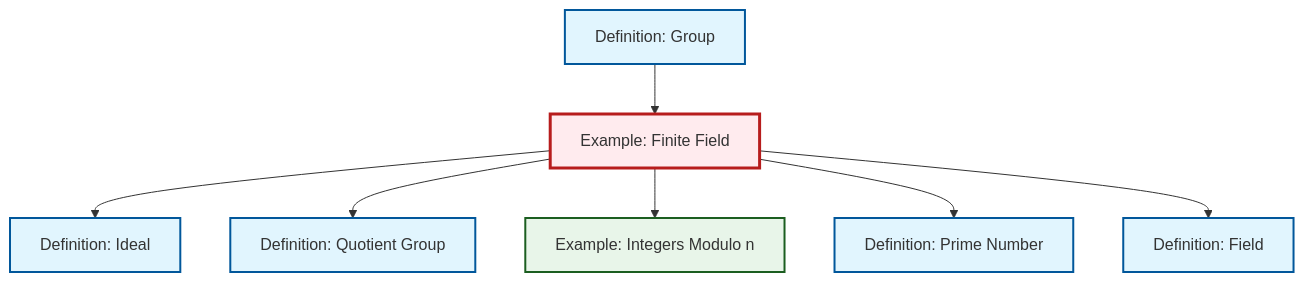
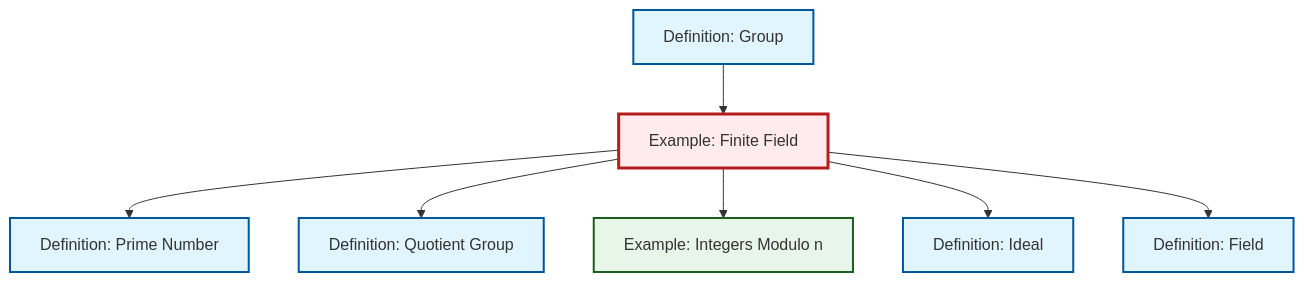
The diagram in content/ja/algebra/ex-finite-field.qmd (RK0429/ModernMath), drawn with Mermaid before and after one commit. The commit also changed other lines of this file and 615 other files, not shown here.

````diff
--- a/content/ja/algebra/ex-finite-field.qmd
+++ b/content/ja/algebra/ex-finite-field.qmd
@@ -65,29 +65,29 @@
 ```{mermaid}
 %%| fig-cap: "Local dependency graph"
 graph TD
     classDef definition fill:#e1f5fe,stroke:#01579b,stroke-width:2px
     classDef theorem fill:#f3e5f5,stroke:#4a148c,stroke-width:2px
     classDef axiom fill:#fff3e0,stroke:#e65100,stroke-width:2px
     classDef example fill:#e8f5e9,stroke:#1b5e20,stroke-width:2px
     classDef current fill:#ffebee,stroke:#b71c1c,stroke-width:3px
+    ex-finite-field["Example: Finite Field"]:::example
+    def-group["Definition: Group"]:::definition
     def-ideal["Definition: Ideal"]:::definition
     def-field["Definition: Field"]:::definition
+    ex-quotient-integers-mod-n["Example: Integers Modulo n"]:::example
+    def-prime["Definition: Prime Number"]:::definition
     def-quotient-group["Definition: Quotient Group"]:::definition
-    def-prime["Definition: Prime Number"]:::definition
-    def-group["Definition: Group"]:::definition
-    ex-finite-field["Example: Finite Field"]:::example
-    ex-quotient-integers-mod-n["Example: Integers Modulo n"]:::example
+    ex-finite-field --> def-prime
+    ex-finite-field --> def-quotient-group
+    ex-finite-field --> ex-quotient-integers-mod-n
+    def-group --> ex-finite-field
     ex-finite-field --> def-ideal
-    ex-finite-field --> def-quotient-group
-    def-group --> ex-finite-field
-    ex-finite-field --> ex-quotient-integers-mod-n
-    ex-finite-field --> def-prime
     ex-finite-field --> def-field
     class ex-finite-field current
+    click def-group "def-group.html" "Definition: Groupへ"
     click def-ideal "def-ideal.html" "Definition: Idealへ"
     click def-field "def-field.html" "Definition: Fieldへ"
+    click ex-quotient-integers-mod-n "ex-quotient-integers-mod-n.html" "Example: Integers Modulo nへ"
+    click def-prime "def-prime.html" "Definition: Prime Numberへ"
     click def-quotient-group "def-quotient-group.html" "Definition: Quotient Groupへ"
-    click def-prime "def-prime.html" "Definition: Prime Numberへ"
-    click def-group "def-group.html" "Definition: Groupへ"
-    click ex-quotient-integers-mod-n "ex-quotient-integers-mod-n.html" "Example: Integers Modulo nへ"
 ```
````
